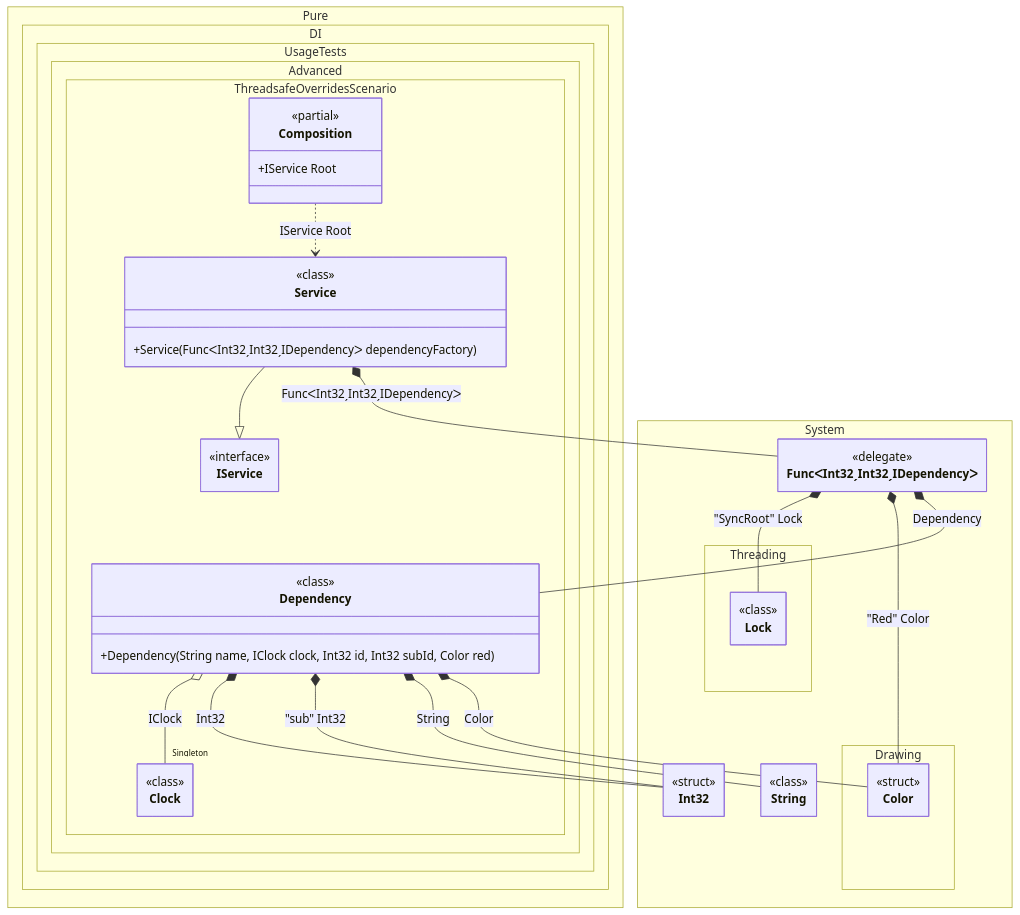
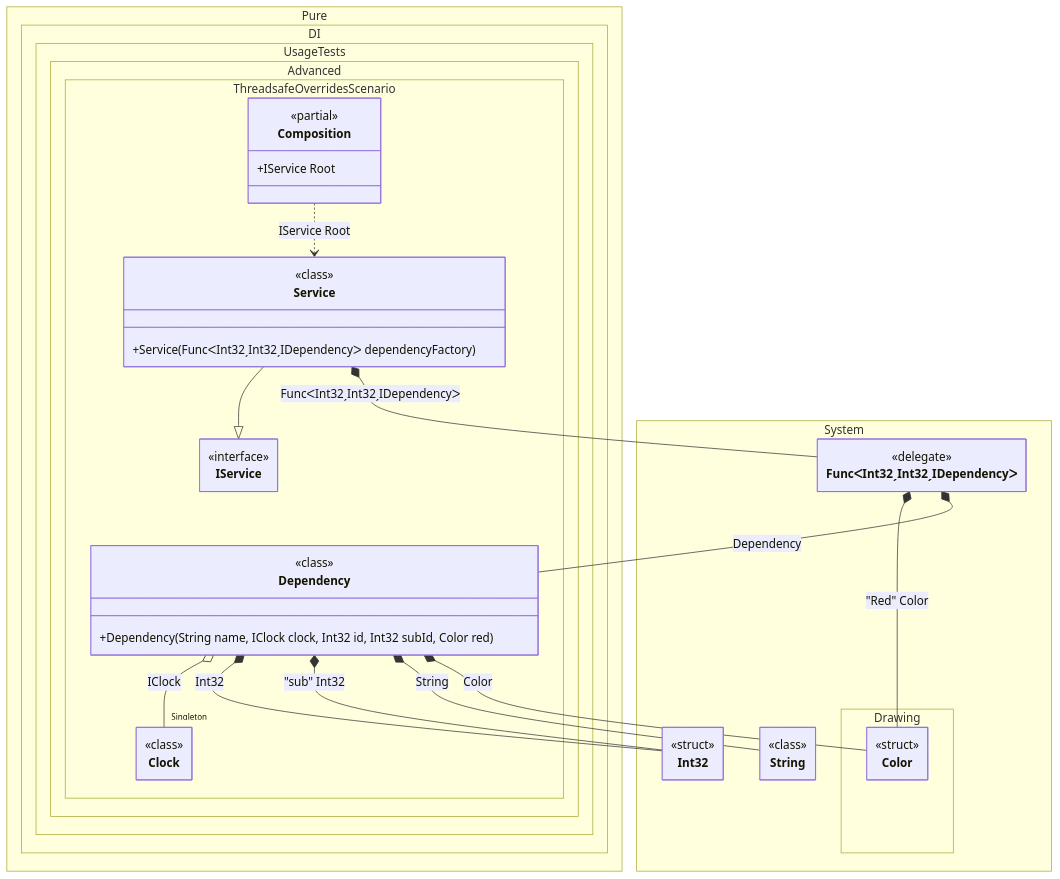
The diagram in readme/thread-safe-overrides.md (DevTeam/Pure.DI), drawn with Mermaid before and after one commit. The commit also changed other lines of this file and 68 other files, not shown here.

````diff
--- a/readme/thread-safe-overrides.md
+++ b/readme/thread-safe-overrides.md
@@ -200,62 +194,56 @@
 ```mermaid
 ---
  config:
   maxTextSize: 2147483647
   maxEdges: 2147483647
   class:
    hideEmptyMembersBox: true
 ---
 classDiagram
 	Service --|> IService
 	Composition ..> Service : IService Root
-	FuncᐸInt32ˏInt32ˏIDependencyᐳ *--  Lock : "SyncRoot"  Lock
 	FuncᐸInt32ˏInt32ˏIDependencyᐳ *--  Color : "Red"  Color
 	FuncᐸInt32ˏInt32ˏIDependencyᐳ *--  Dependency : Dependency
 	Service *--  FuncᐸInt32ˏInt32ˏIDependencyᐳ : FuncᐸInt32ˏInt32ˏIDependencyᐳ
 	Dependency o-- "Singleton" Clock : IClock
 	Dependency *--  Int32 : Int32
 	Dependency *--  Int32 : "sub"  Int32
 	Dependency *--  String : String
 	Dependency *--  Color : Color
 	namespace Pure.DI.UsageTests.Advanced.ThreadsafeOverridesScenario {
 		class Clock {
 			<<class>>
 		}
 		class Composition {
 		<<partial>>
 		+IService Root
 		}
 		class Dependency {
 				<<class>>
 			+Dependency(String name, IClock clock, Int32 id, Int32 subId, Color red)
 		}
 		class IService {
 			<<interface>>
 		}
 		class Service {
 				<<class>>
 			+Service(FuncᐸInt32ˏInt32ˏIDependencyᐳ dependencyFactory)
 		}
 	}
 	namespace System {
 		class FuncᐸInt32ˏInt32ˏIDependencyᐳ {
 				<<delegate>>
 		}
 		class Int32 {
 			<<struct>>
 		}
 		class String {
 			<<class>>
 		}
 	}
 	namespace System.Drawing {
 		class Color {
 			<<struct>>
 		}
 	}
-	namespace System.Threading {
-		class Lock {
-			<<class>>
-		}
-	}
 ```
````
